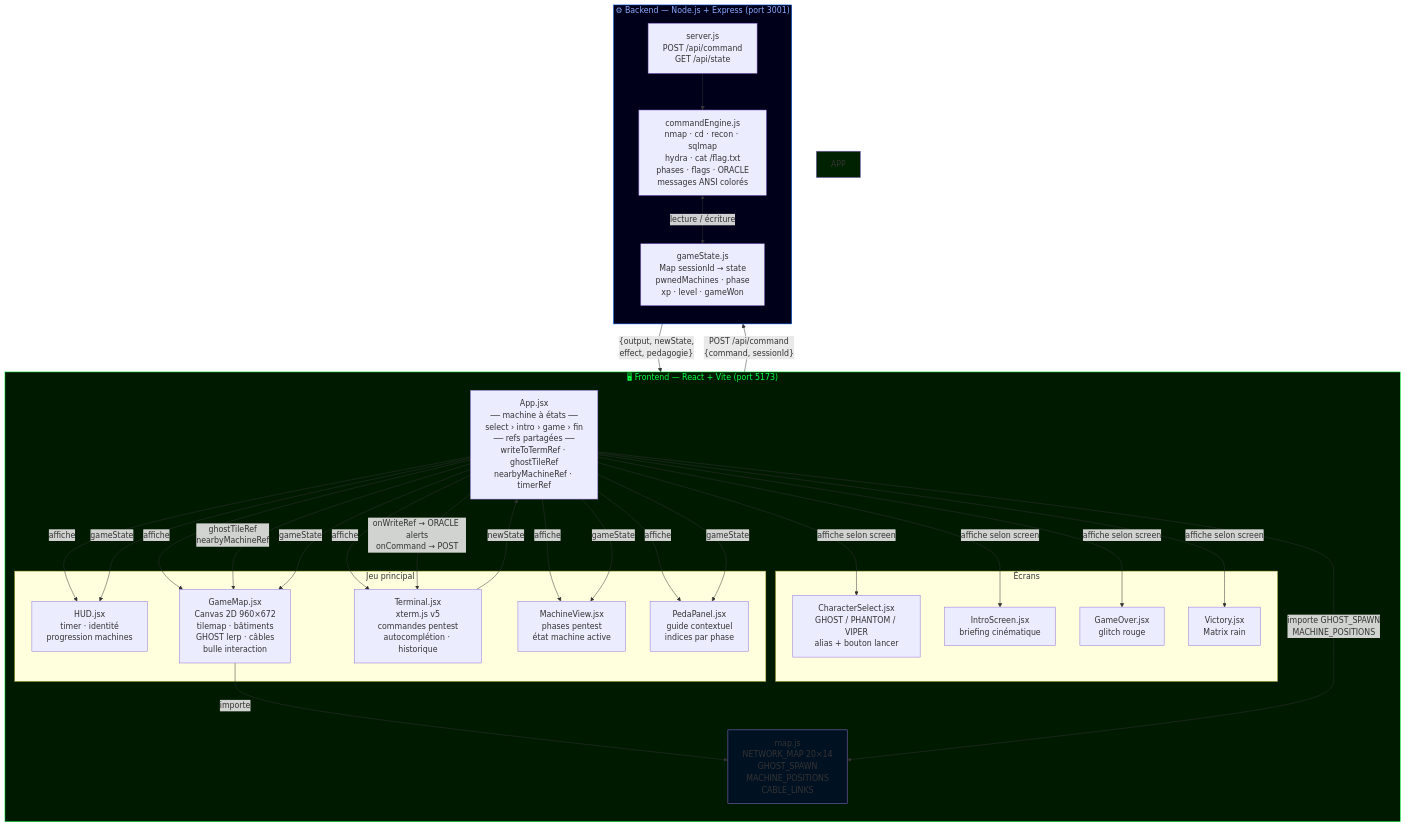
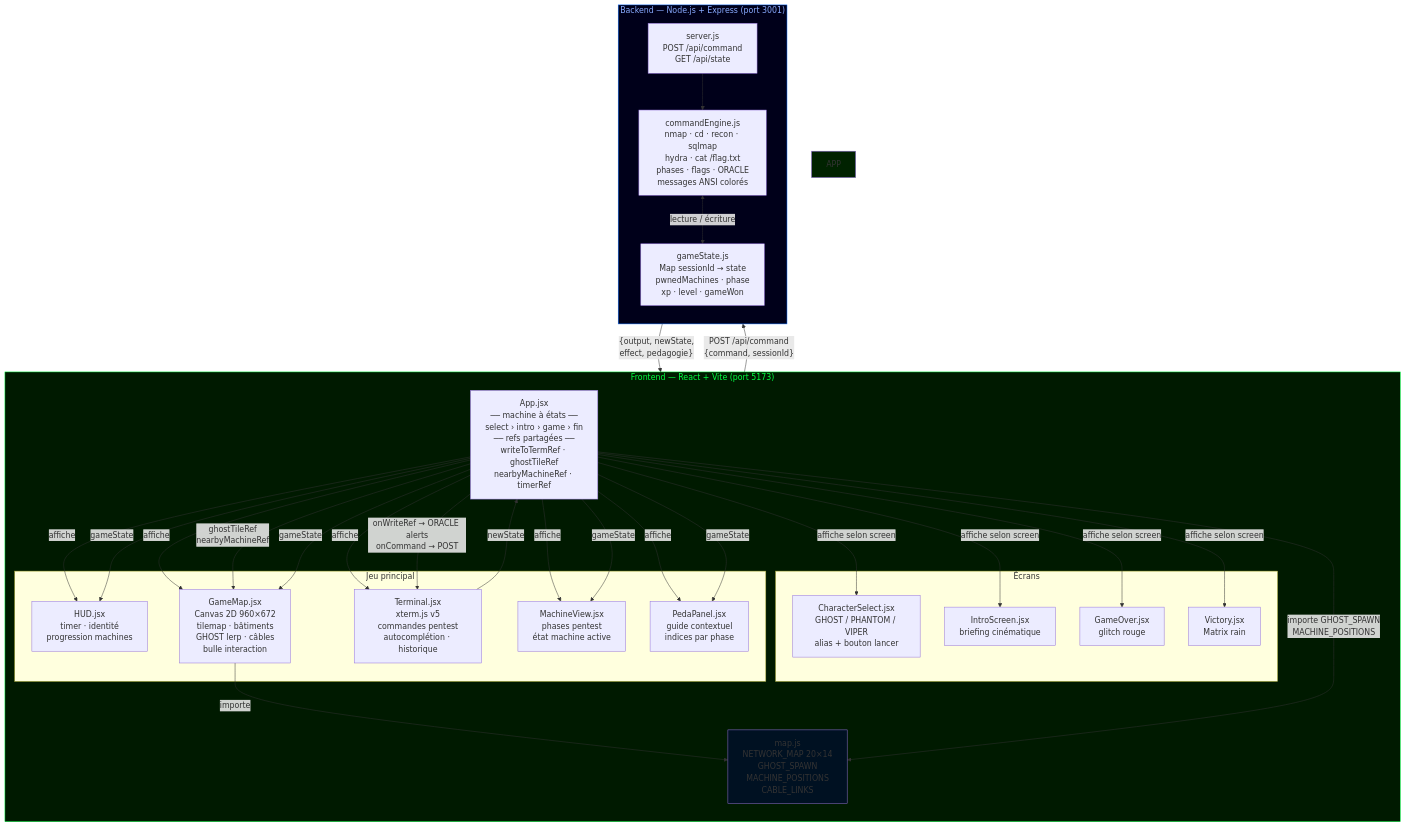
The second of 2 diagrams in README.md (JamaiAli/CyberquestProject), drawn with Mermaid before and after one commit. The commit also changed other lines of this file, not shown here.

````diff
--- a/README.md
+++ b/README.md
@@ -228,51 +228,51 @@
 ```mermaid
 graph TB
-    subgraph FE["🖥  Frontend — React + Vite  (port 5173)"]
-        direction TB
+ subgraph FE[" Frontend — React + Vite (port 5173)"]
+ direction TB
 
-        App["App.jsx\n── machine à états ──\nselect › intro › game › fin\n── refs partagées ──\nwriteToTermRef · ghostTileRef\nnearbyMachineRef · timerRef"]
+ App["App.jsx\n── machine à états ──\nselect › intro › game › fin\n── refs partagées ──\nwriteToTermRef · ghostTileRef\nnearbyMachineRef · timerRef"]
 
-        subgraph Screens["Écrans"]
-            CS["CharacterSelect.jsx\nGHOST / PHANTOM / VIPER\nalias + bouton lancer"]
-            IS["IntroScreen.jsx\nbriefing cinématique"]
-            GO["GameOver.jsx\nglitch rouge"]
-            VIC["Victory.jsx\nMatrix rain"]
-        end
+ subgraph Screens["Écrans"]
+ CS["CharacterSelect.jsx\nGHOST / PHANTOM / VIPER\nalias + bouton lancer"]
+ IS["IntroScreen.jsx\nbriefing cinématique"]
+ GO["GameOver.jsx\nglitch rouge"]
+ VIC["Victory.jsx\nMatrix rain"]
+ end
 
-        subgraph Game["Jeu principal"]
-            HUD["HUD.jsx\ntimer · identité\nprogression machines"]
-            GM["GameMap.jsx\nCanvas 2D 960×672\ntilemap · bâtiments\nGHOST lerp · câbles\nbulle interaction"]
-            TRM["Terminal.jsx\nxterm.js v5\ncommandes pentest\nautocomplétion · historique"]
-            MV["MachineView.jsx\nphases pentest\nétat machine active"]
-            PP["PedaPanel.jsx\nguide contextuel\nindices par phase"]
-        end
+ subgraph Game["Jeu principal"]
+ HUD["HUD.jsx\ntimer · identité\nprogression machines"]
+ GM["GameMap.jsx\nCanvas 2D 960×672\ntilemap · bâtiments\nGHOST lerp · câbles\nbulle interaction"]
+ TRM["Terminal.jsx\nxterm.js v5\ncommandes pentest\nautocomplétion · historique"]
+ MV["MachineView.jsx\nphases pentest\nétat machine active"]
+ PP["PedaPanel.jsx\nguide contextuel\nindices par phase"]
+ end
 
-        MAP["map.js\nNETWORK_MAP 20×14\nGHOST_SPAWN\nMACHINE_POSITIONS\nCABLE_LINKS"]
-    end
+ MAP["map.js\nNETWORK_MAP 20×14\nGHOST_SPAWN\nMACHINE_POSITIONS\nCABLE_LINKS"]
+ end
 
-    subgraph BE["⚙  Backend — Node.js + Express  (port 3001)"]
-        direction TB
-        SRV["server.js\nPOST /api/command\nGET  /api/state"]
-        CE["commandEngine.js\nnmap · cd · recon · sqlmap\nhydra · cat /flag.txt\nphases · flags · ORACLE\nmessages ANSI colorés"]
-        GS["gameState.js\nMap sessionId → state\npwnedMachines · phase\nxp · level · gameWon"]
-    end
+ subgraph BE[" Backend — Node.js + Express (port 3001)"]
+ direction TB
+ SRV["server.js\nPOST /api/command\nGET /api/state"]
+ CE["commandEngine.js\nnmap · cd · recon · sqlmap\nhydra · cat /flag.txt\nphases · flags · ORACLE\nmessages ANSI colorés"]
+ GS["gameState.js\nMap sessionId → state\npwnedMachines · phase\nxp · level · gameWon"]
+ end
 
-    App -->|"affiche selon screen"| CS & IS & GO & VIC
-    App -->|"affiche"| HUD & GM & TRM & MV & PP
-    GM -->|"importe"| MAP
-    App -->|"importe GHOST_SPAWN\nMACHINE_POSITIONS"| MAP
+ App -->|"affiche selon screen"| CS & IS & GO & VIC
+ App -->|"affiche"| HUD & GM & TRM & MV & PP
+ GM -->|"importe"| MAP
+ App -->|"importe GHOST_SPAWN\nMACHINE_POSITIONS"| MAP
 
-    App -->|"ghostTileRef\nnearbyMachineRef"| GM
-    App -->|"onWriteRef → ORACLE alerts\nonCommand → POST"| TRM
-    TRM -->|"POST /api/command\n{command, sessionId}"| SRV
-    SRV --> CE
-    CE <-->|"lecture / écriture"| GS
-    SRV -->|"{output, newState,\neffect, pedagogie}"| TRM
-    TRM -->|"newState"| App
-    App -->|"gameState"| GM & HUD & MV & PP
+ App -->|"ghostTileRef\nnearbyMachineRef"| GM
+ App -->|"onWriteRef → ORACLE alerts\nonCommand → POST"| TRM
+ TRM -->|"POST /api/command\n{command, sessionId}"| SRV
+ SRV --> CE
+ CE <-->|"lecture / écriture"| GS
+ SRV -->|"{output, newState,\neffect, pedagogie}"| TRM
+ TRM -->|"newState"| App
+ App -->|"gameState"| GM & HUD & MV & PP
 
-    style FE fill:#001a00,stroke:#00ff41,color:#00ff41
-    style BE fill:#00001a,stroke:#0066ff,color:#88aaff
-    style APP fill:#002200
-    style MAP fill:#001122
+ style FE fill:#001a00,stroke:#00ff41,color:#00ff41
+ style BE fill:#00001a,stroke:#0066ff,color:#88aaff
+ style APP fill:#002200
+ style MAP fill:#001122
 ```
````
